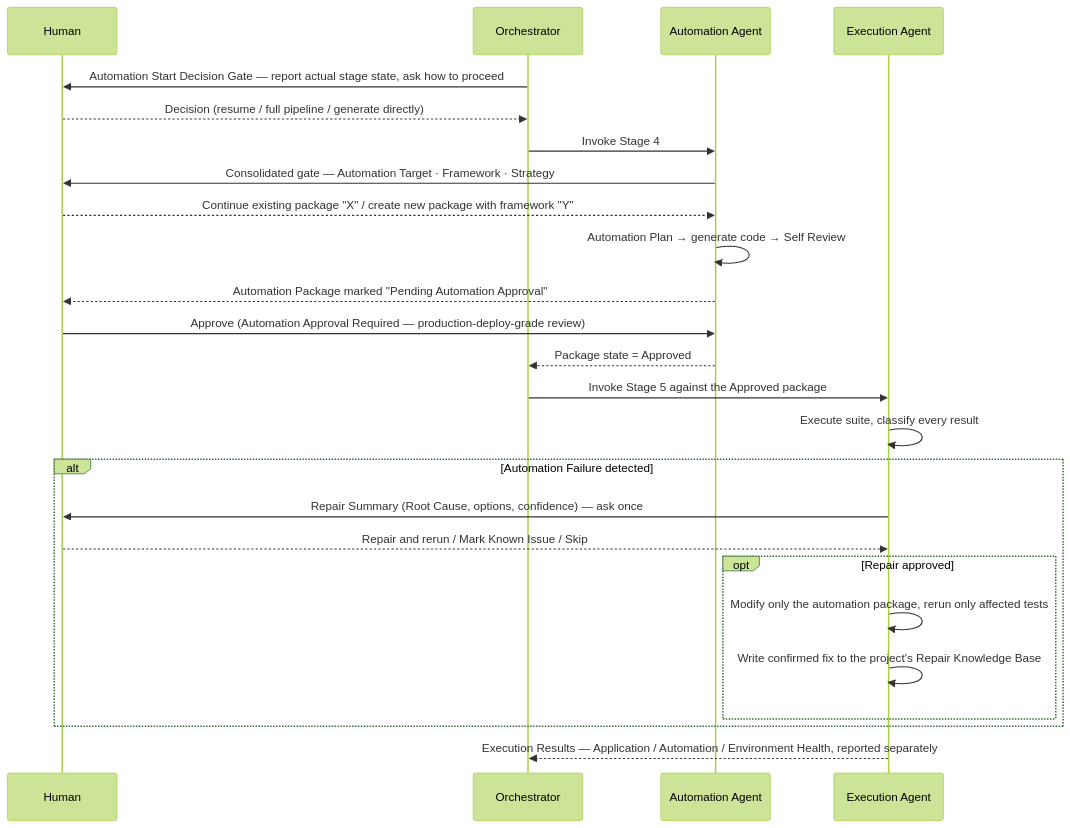
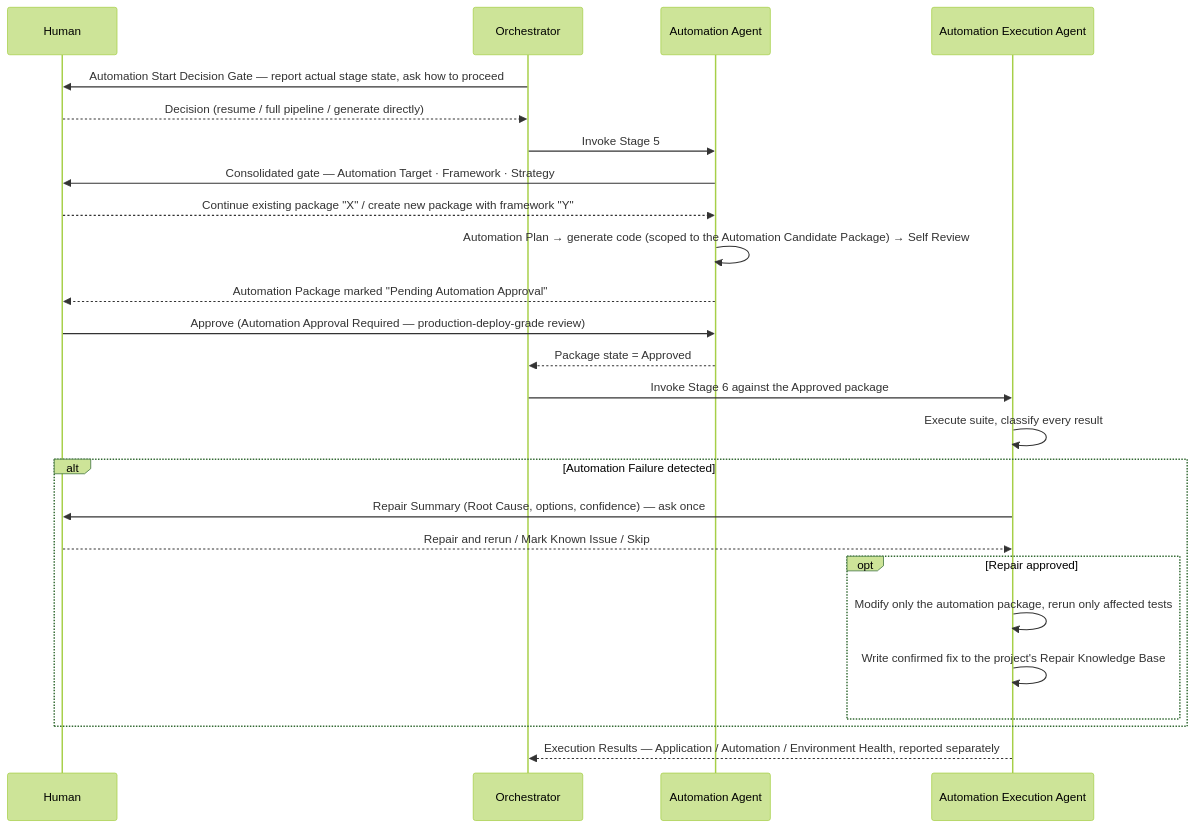
One commit to HusseinAtaHussein1/AISeatMap changed the fifth of 10 diagrams in README.md. Above: the diagram before and after it, drawn with Mermaid (forest theme). The commit also changed other lines of this file and 208 other files, not shown here.

Commit message:
new agent for manual execution only

````diff
--- a/README.md
+++ b/README.md
@@ -350,31 +361,31 @@
 ```mermaid
 sequenceDiagram
     participant H as Human
     participant Orc as Orchestrator
     participant AA as Automation Agent
-    participant EA as Execution Agent
+    participant EA as Automation Execution Agent
 
     Orc->>H: Automation Start Decision Gate — report actual stage state, ask how to proceed
     H-->>Orc: Decision (resume / full pipeline / generate directly)
 
-    Orc->>AA: Invoke Stage 4
+    Orc->>AA: Invoke Stage 5
     AA->>H: Consolidated gate — Automation Target · Framework · Strategy
     H-->>AA: Continue existing package "X" / create new package with framework "Y"
-    AA->>AA: Automation Plan → generate code → Self Review
+    AA->>AA: Automation Plan → generate code (scoped to the Automation Candidate Package) → Self Review
     AA-->>H: Automation Package marked "Pending Automation Approval"
 
     H->>AA: Approve (Automation Approval Required — production-deploy-grade review)
     AA-->>Orc: Package state = Approved
 
-    Orc->>EA: Invoke Stage 5 against the Approved package
+    Orc->>EA: Invoke Stage 6 against the Approved package
     EA->>EA: Execute suite, classify every result
     alt Automation Failure detected
         EA->>H: Repair Summary (Root Cause, options, confidence) — ask once
         H-->>EA: Repair and rerun / Mark Known Issue / Skip
         opt Repair approved
             EA->>EA: Modify only the automation package, rerun only affected tests
             EA->>EA: Write confirmed fix to the project's Repair Knowledge Base
         end
     end
     EA-->>Orc: Execution Results — Application / Automation / Environment Health, reported separately
 ```
````
